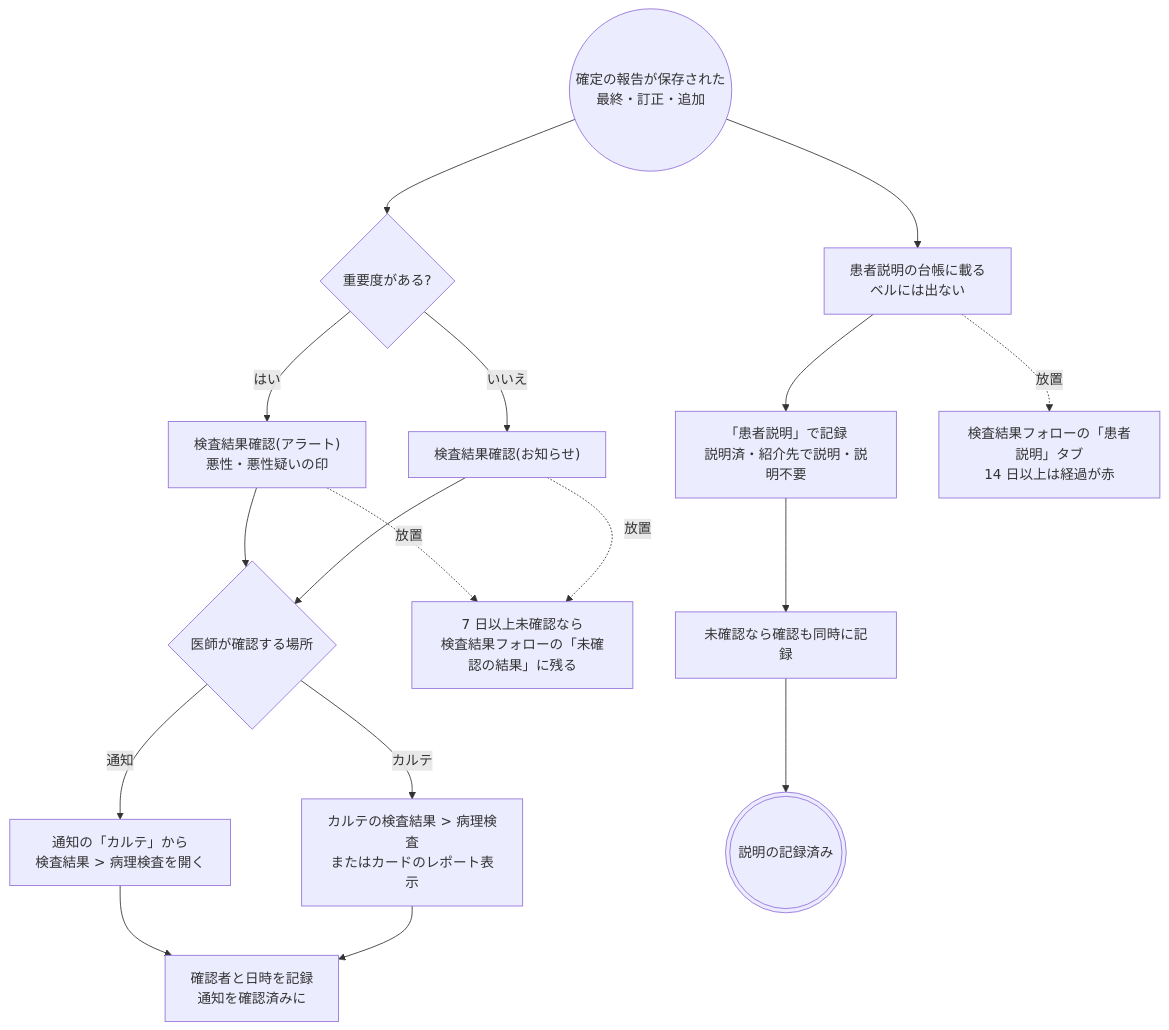
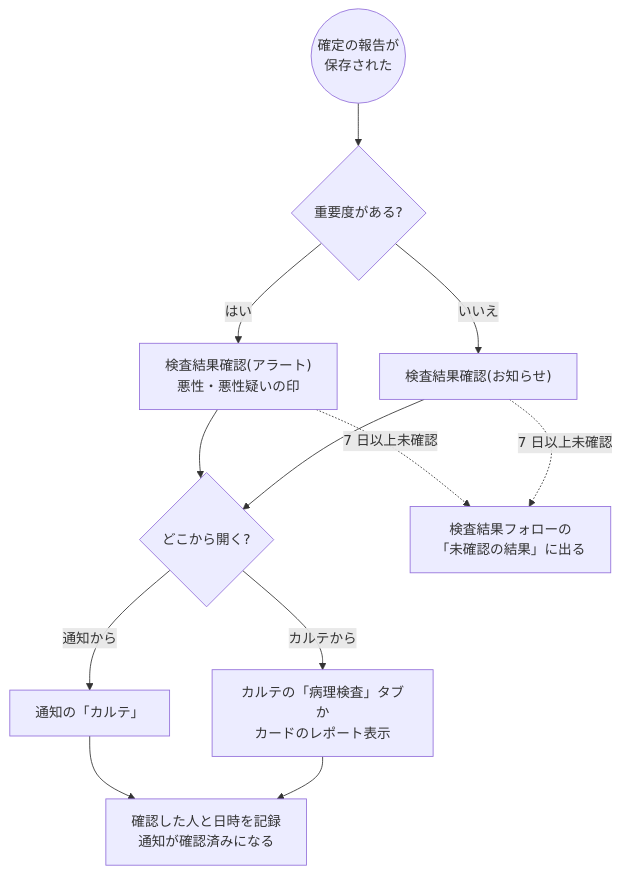
The seventh of 20 diagrams in docs/order-flows/patho.md (ysnr-dev/fhir-client), drawn with Mermaid before and after one commit. The commit also changed other lines of this file and 7 other files, not shown here.

````diff
--- a/docs/order-flows/patho.md
+++ b/docs/order-flows/patho.md
@@ -260,27 +370,20 @@
 ```mermaid
 flowchart TD
-  saved(("確定の報告が保存された<br/>最終・訂正・追加"))
+  saved(("確定の報告が<br/>保存された"))
   severity{"重要度がある?"}
   alert["検査結果確認(アラート)<br/>悪性・悪性疑いの印"]
   notice["検査結果確認(お知らせ)"]
-  ledger["患者説明の台帳に載る<br/>ベルには出ない"]
-  where{"医師が確認する場所"}
-  fromList["通知の「カルテ」から<br/>検査結果 > 病理検査を開く"]
-  fromKarte["カルテの検査結果 > 病理検査<br/>またはカードのレポート表示"]
-  recorded["確認者と日時を記録<br/>通知を確認済みに"]
-  stale["7 日以上未確認なら<br/>検査結果フォローの「未確認の結果」に残る"]
-  explain["「患者説明」で記録<br/>説明済・紹介先で説明・説明不要"]
-  auto["未確認なら確認も同時に記録"]
-  overdue["検査結果フォローの「患者説明」タブ<br/>14 日以上は経過が赤"]
-  done((("説明の記録済み")))
+  where{"どこから開く?"}
+  fromList["通知の「カルテ」"]
+  fromKarte["カルテの「病理検査」タブか<br/>カードのレポート表示"]
+  recorded["確認した人と日時を記録<br/>通知が確認済みになる"]
+  stale["検査結果フォローの<br/>「未確認の結果」に出る"]
 
   saved --> severity
   severity -- "はい" --> alert --> where
   severity -- "いいえ" --> notice --> where
-  saved --> ledger --> explain --> auto --> done
-  where -- "通知" --> fromList --> recorded
-  where -- "カルテ" --> fromKarte --> recorded
-  alert -. "放置" .-> stale
-  notice -. "放置" .-> stale
-  ledger -. "放置" .-> overdue
+  where -- "通知から" --> fromList --> recorded
+  where -- "カルテから" --> fromKarte --> recorded
+  alert -. "7 日以上未確認" .-> stale
+  notice -. "7 日以上未確認" .-> stale
 ```
````
